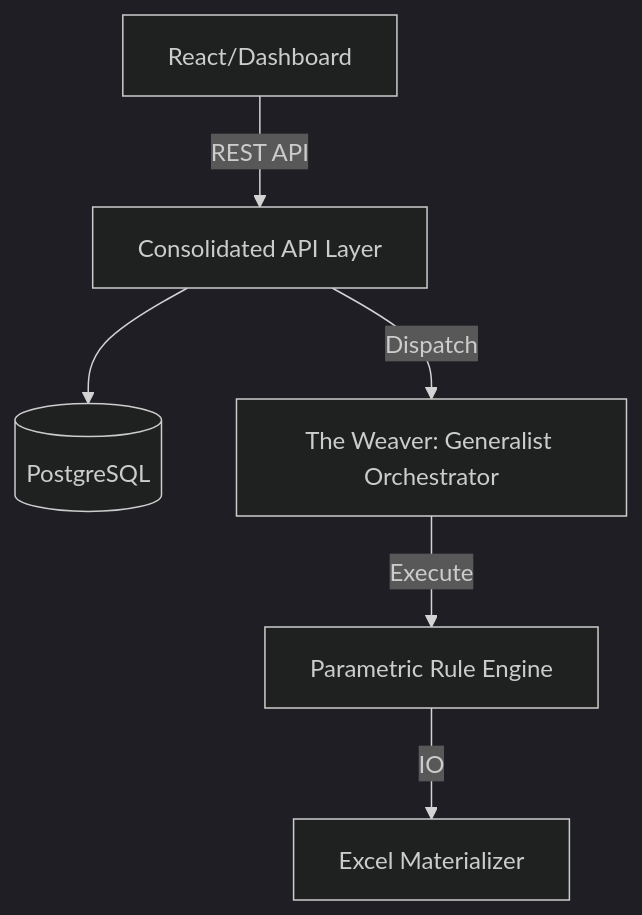
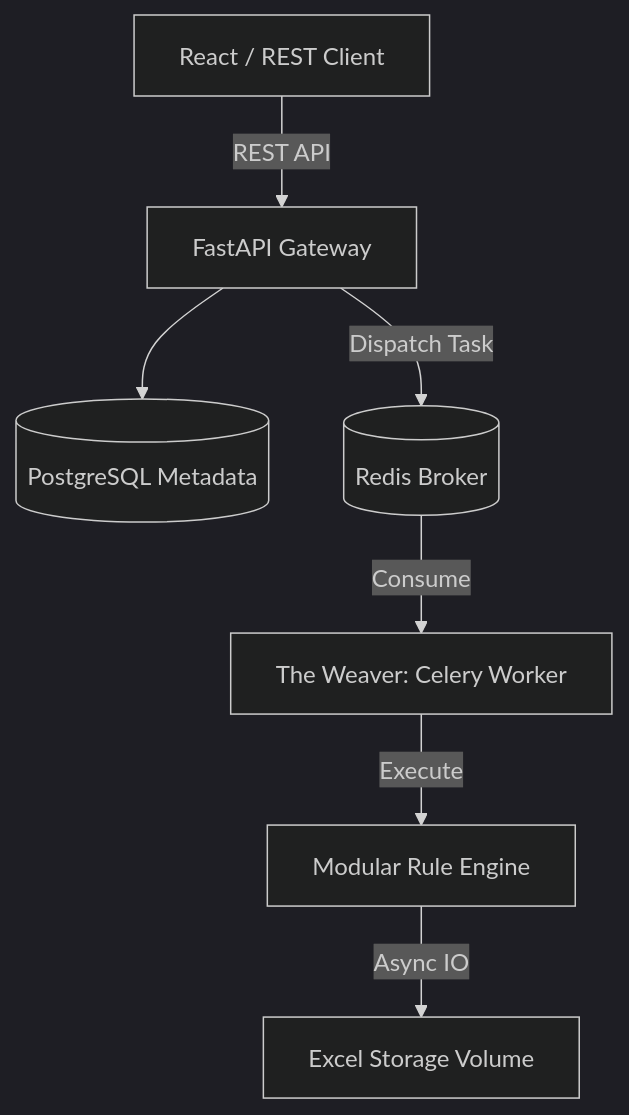
The diagram in README.md (Medalcode/DataWeaver), drawn with Mermaid (dark theme) before and after one commit. The commit also changed other lines of this file and 9 other files, not shown here.

````diff
--- a/README.md
+++ b/README.md
@@ -30,8 +30,9 @@
 ```mermaid
 graph TD
-    UI[React/Dashboard] -->|REST API| API[Consolidated API Layer]
-    API --> DB[(PostgreSQL)]
-    API -->|Dispatch| Worker[The Weaver: Generalist Orchestrator]
-    Worker -->|Execute| Logic[Parametric Rule Engine]
-    Logic -->|IO| Files[Excel Materializer]
+    UI[React / REST Client] -->|REST API| API[FastAPI Gateway]
+    API --> DB[(PostgreSQL Metadata)]
+    API -->|Dispatch Task| Redis[(Redis Broker)]
+    Redis -->|Consume| Worker[The Weaver: Celery Worker]
+    Worker -->|Execute| Logic[Modular Rule Engine]
+    Logic -->|Async IO| Files[Excel Storage Volume]
 ```
````
